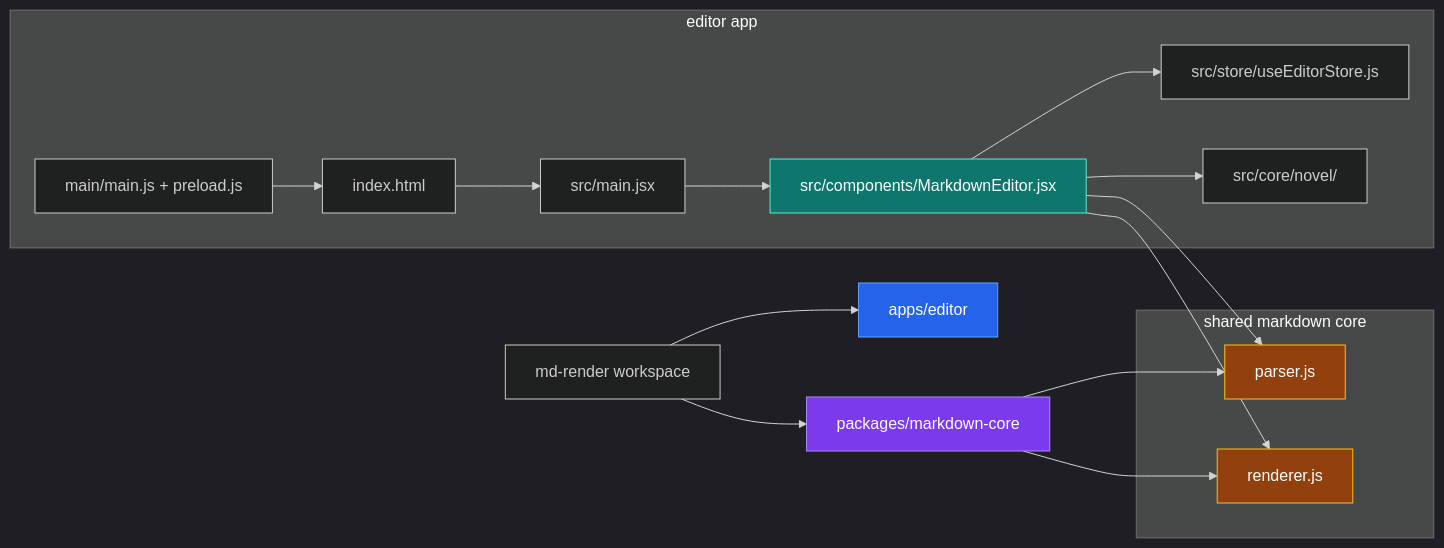
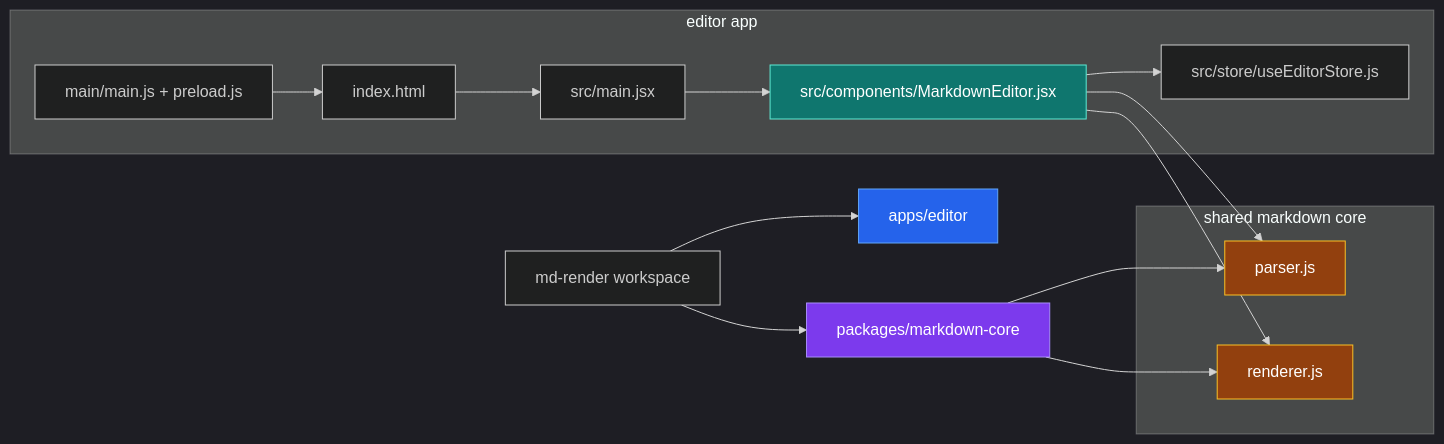
The third of 3 diagrams in ARCHITECTURE.md (Canace22/md-render), drawn with Mermaid before and after one commit. The commit also changed 23 other files, not shown here.

````diff
--- a/ARCHITECTURE.md
+++ b/ARCHITECTURE.md
@@ -76,36 +76,34 @@
 ```mermaid
 %%{init: {'theme':'dark'}}%%
 flowchart LR
     ROOT["md-render workspace"] --> APP["apps/editor"]
     ROOT --> CORE["packages/markdown-core"]
 
     subgraph APPGRAPH["editor app"]
         HTML["index.html"]
         MAIN["src/main.jsx"]
         EDITOR["src/components/MarkdownEditor.jsx"]
         STORE["src/store/useEditorStore.js"]
-        NOVEL["src/core/novel/"]
         ELECTRON["main/main.js + preload.js"]
     end
 
     subgraph COREGRAPH["shared markdown core"]
         PARSER["parser.js"]
         RENDERER["renderer.js"]
     end
 
     HTML --> MAIN
     MAIN --> EDITOR
     EDITOR --> STORE
-    EDITOR --> NOVEL
     EDITOR --> PARSER
     EDITOR --> RENDERER
     ELECTRON --> HTML
     CORE --> PARSER
     CORE --> RENDERER
 
     style APP fill:#2563eb,stroke:#60a5fa,color:#fff
     style CORE fill:#7c3aed,stroke:#a78bfa,color:#fff
     style EDITOR fill:#0f766e,stroke:#5eead4,color:#fff
     style PARSER fill:#92400e,stroke:#fbbf24,color:#fff
     style RENDERER fill:#92400e,stroke:#fbbf24,color:#fff
 ```
````
